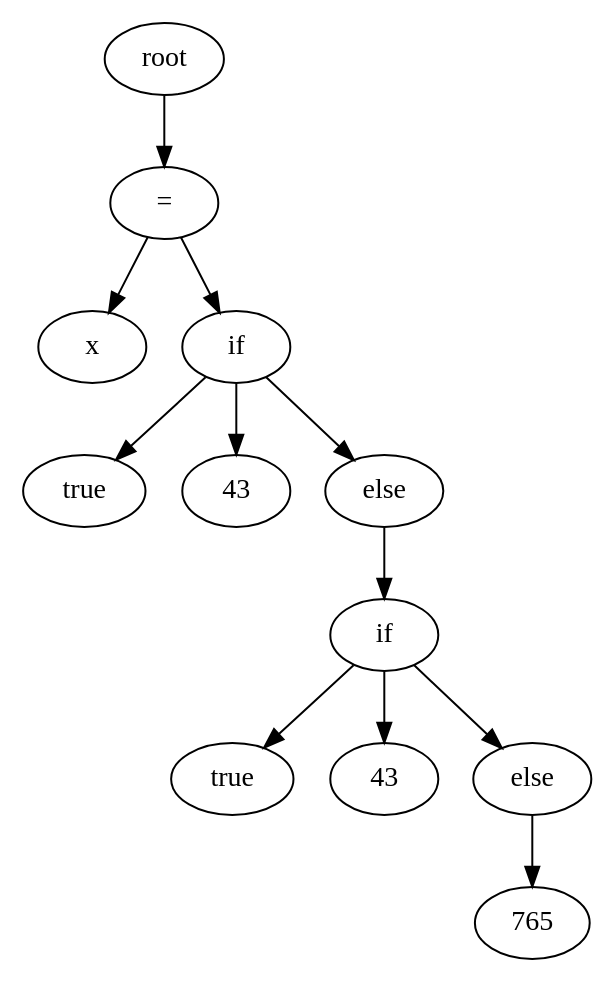
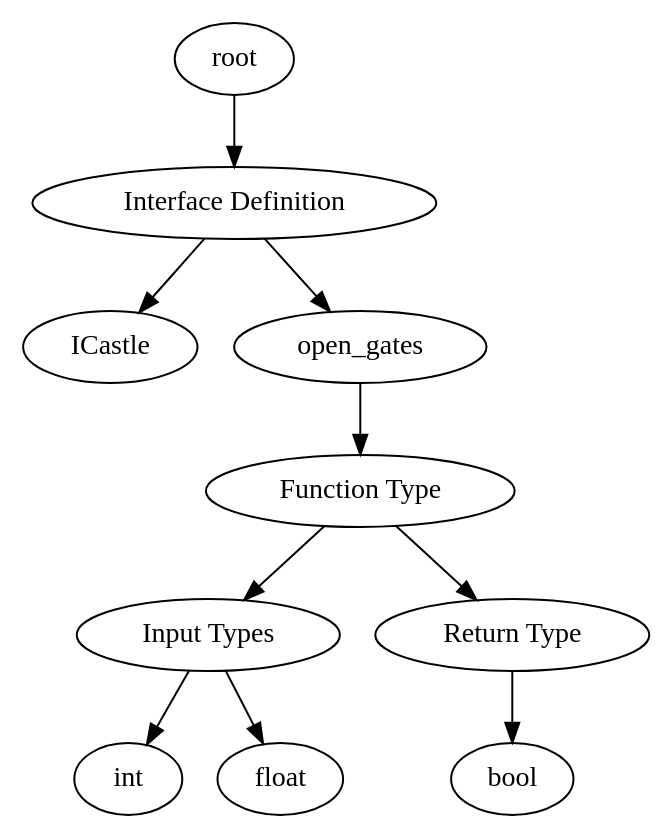
One commit to pranav-ap/wasp-lang changed the diagram in examples/module.dot. Above: the diagram before and after it, drawn with Graphviz. The commit also changed 8 other files, not shown here.

```diff
--- a/examples/module.dot
+++ b/examples/module.dot
@@ -1,25 +1,21 @@
 digraph G { 
-"0"   [label="root"]; 
- "1"   [label="="]; 
+ "0"   [label="root"]; 
+ "1"   [label="Interface Definition"]; 
  "0" -> "1"; 
- "2"   [label="x"]; 
+ "2"   [label="ICastle"]; 
  "1" -> "2"; 
- "3"   [label="if"]; 
+ "3"   [label="open_gates"]; 
  "1" -> "3"; 
- "4"   [label="true"]; 
+ "4"   [label="Function Type"]; 
  "3" -> "4"; 
- "5"   [label="43"]; 
- "3" -> "5"; 
- "6"   [label="else"]; 
- "3" -> "6"; 
- "7"   [label="if"]; 
- "6" -> "7"; 
- "8"   [label="true"]; 
- "7" -> "8"; 
- "9"   [label="43"]; 
- "7" -> "9"; 
- "10"   [label="else"]; 
- "7" -> "10"; 
- "11"   [label="765"]; 
- "10" -> "11"; 
+ "5"   [label="Input Types"]; 
+ "4" -> "5"; 
+ "6"   [label="int"]; 
+ "5" -> "6"; 
+ "7"   [label="float"]; 
+ "5" -> "7"; 
+ "8"   [label="Return Type"]; 
+ "4" -> "8"; 
+ "9"   [label="bool"]; 
+ "8" -> "9"; 
  }
```
